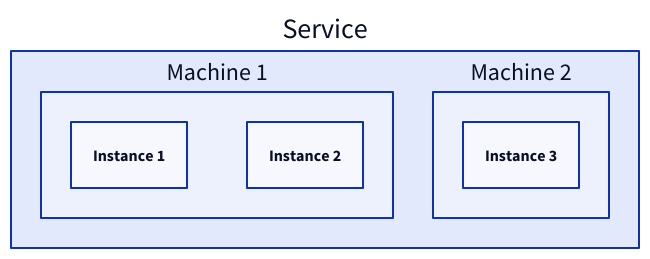
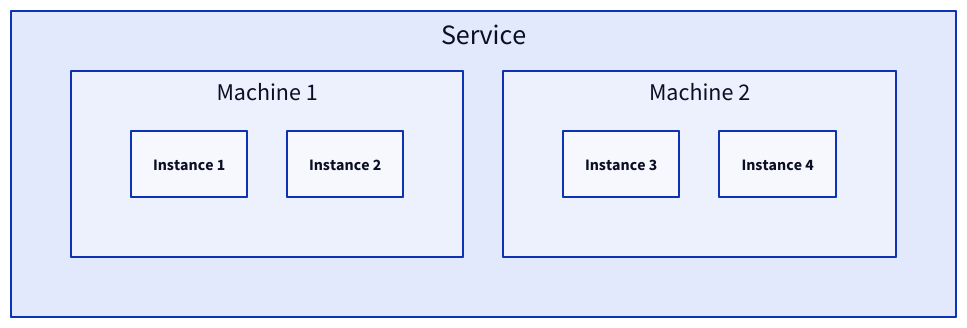
Before and after one commit to link1905/system-design-101: the second of 14 diagrams in content/web-service/service-cluster.md, drawn with D2. The commit also changed other lines of this file and 13 other files, not shown here.

````diff
--- a/content/web-service/service-cluster.md
+++ b/content/web-service/service-cluster.md
@@ -35,17 +35,25 @@
 ```d2
 sv-no: Service {
+  grid-rows: 1
   m1: Machine 1 {
-   Instance 1 {
+    grid-rows: 1
+    direction: right
+    Instance 1 {
       class: process
-   }
-   Instance 2 {
+    }
+    Instance 2 {
       class: process
-   }
+    }
   }
   m2: Machine 2 {
-   Instance 3 {
+    grid-rows: 1
+    direction: right
+    Instance 3 {
       class: process
-   }
+    }
+    Instance 4 {
+      class: process
+    }
   }
 }
 ```
````
